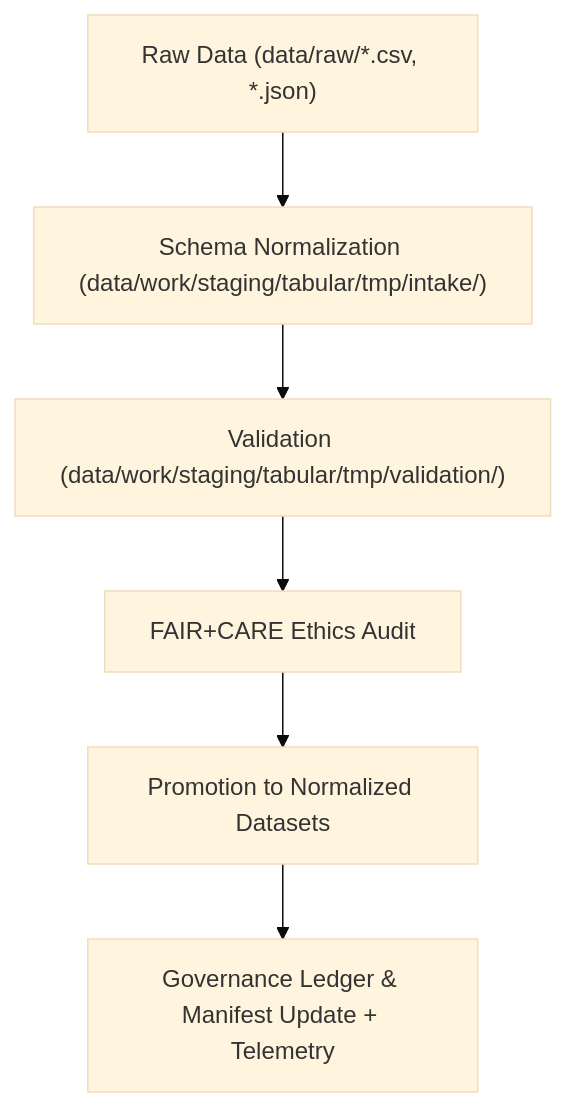
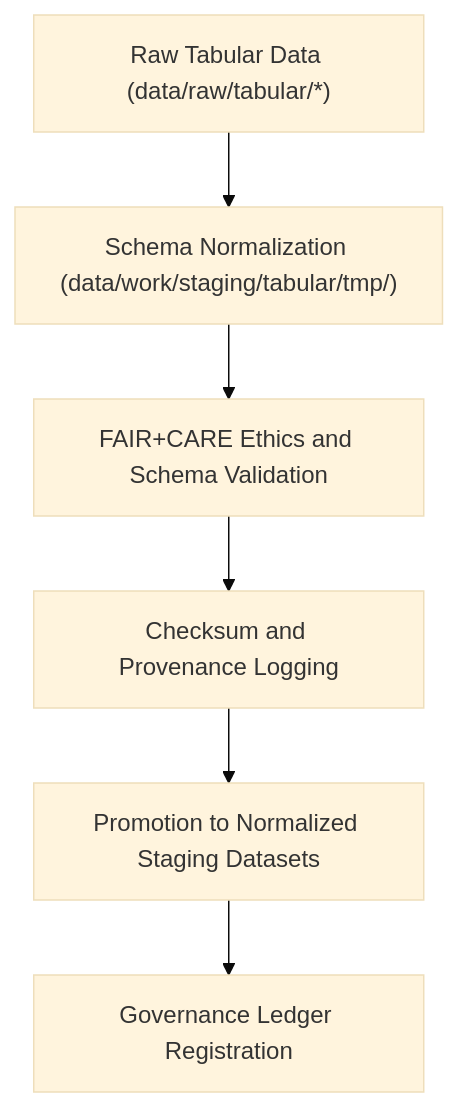
The diagram in data/work/staging/tabular/README.md (bartytime4life/Kansas-Frontier-Matrix), drawn with Mermaid (base theme) before and after one commit. The commit also changed other lines of this file, not shown here.

````diff
--- a/data/work/staging/tabular/README.md
+++ b/data/work/staging/tabular/README.md
@@ -78,8 +73,8 @@
 ```mermaid
 flowchart TD
-    A["Raw Data (data/raw/*.csv, *.json)"] --> B["Schema Normalization (data/work/staging/tabular/tmp/intake/)"]
-    B --> C["Validation (data/work/staging/tabular/tmp/validation/)"]
-    C --> D["FAIR+CARE Ethics Audit"]
-    D --> E["Promotion to Normalized Datasets"]
-    E --> F["Governance Ledger & Manifest Update + Telemetry"]
+    A["Raw Tabular Data (data/raw/tabular/*)"] --> B["Schema Normalization (data/work/staging/tabular/tmp/)"]
+    B --> C["FAIR+CARE Ethics and Schema Validation"]
+    C --> D["Checksum and Provenance Logging"]
+    D --> E["Promotion to Normalized Staging Datasets"]
+    E --> F["Governance Ledger Registration"]
 ```
````
